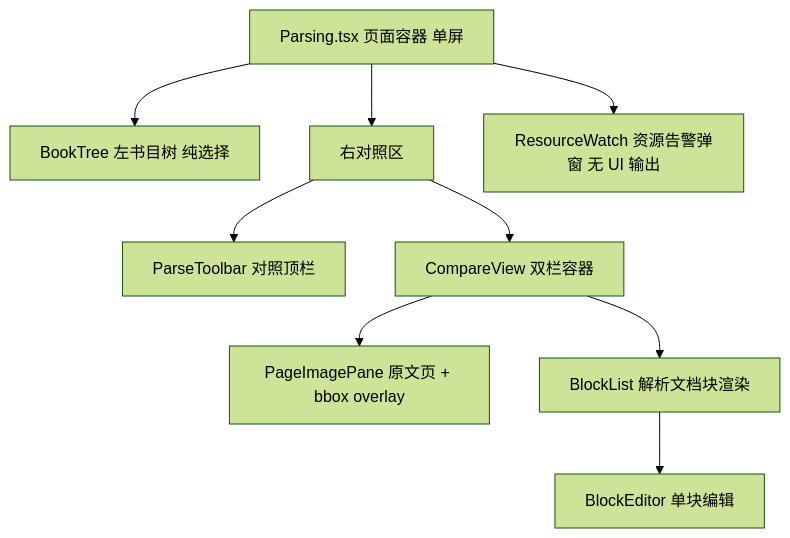
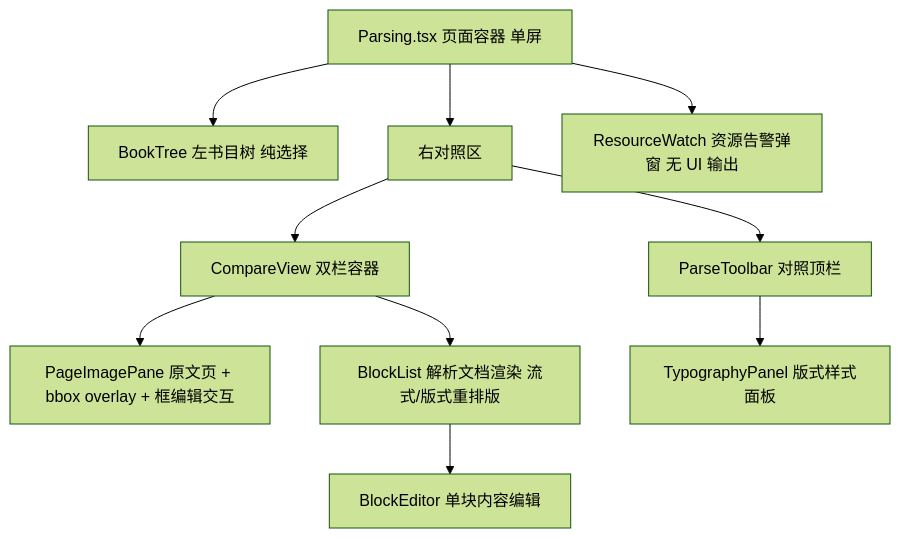
Before and after one commit to swfswf1234/QED-Engine: the diagram in docs/design/parsing-ui.md, drawn with Mermaid (forest theme). The commit also changed other lines of this file and 21 other files, not shown here.

````diff
--- a/docs/design/parsing-ui.md
+++ b/docs/design/parsing-ui.md
@@ -56,11 +61,12 @@
 ```mermaid
 flowchart TD
     P[Parsing.tsx 页面容器 单屏] --> BT[BookTree 左书目树 纯选择]
     P --> C[右对照区]
     P --> RW[ResourceWatch 资源告警弹窗 无 UI 输出]
     C --> TB[ParseToolbar 对照顶栏]
     C --> CV[CompareView 双栏容器]
-    CV --> PI[PageImagePane 原文页 + bbox overlay]
-    CV --> BL[BlockList 解析文档块渲染]
-    BL --> BE[BlockEditor 单块编辑]
+    CV --> PI[PageImagePane 原文页 + bbox overlay + 框编辑交互]
+    CV --> BL[BlockList 解析文档渲染 流式/版式重排版]
+    BL --> BE[BlockEditor 单块内容编辑]
+    TB --> TP[TypographyPanel 版式样式面板]
 ```
````
